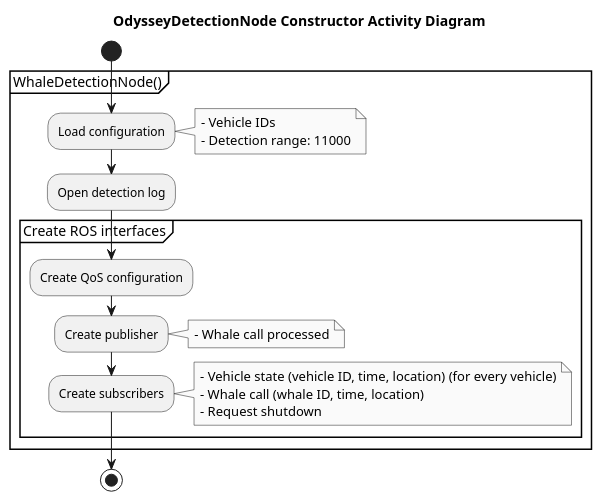
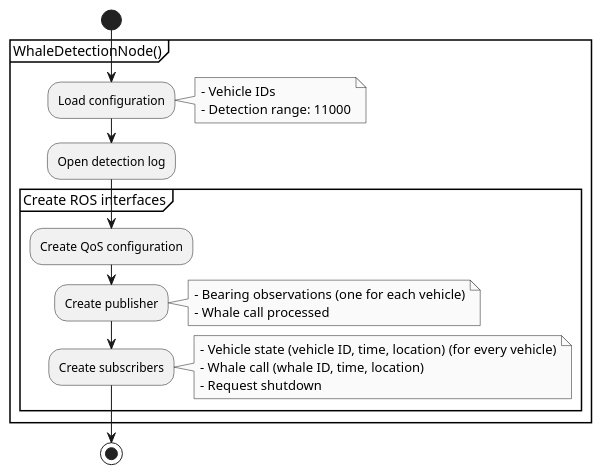
The diagram in components/manta_acoustics/docs/whale_detection_init.puml (Tebcherani/MANTA), drawn with PlantUML before and after one commit. The commit also changed 5 other files, not shown here.

```diff
--- a/components/manta_acoustics/docs/whale_detection_init.puml
+++ b/components/manta_acoustics/docs/whale_detection_init.puml
@@ -1,38 +1,38 @@
 @startuml
-title OdysseyDetectionNode Constructor Activity Diagram
 
 skinparam monochrome true
 skinparam shadowing false
 skinparam svgLinkTarget _self
 
 start
 
 partition "WhaleDetectionNode()" {
     :Load configuration;
     note right
         - Vehicle IDs
         - Detection range: 11000
     end note
 
     :Open detection log;
 
     partition "Create ROS interfaces" {
         :Create QoS configuration;
 
         :Create publisher;
         note right
+            - Bearing observations (one for each vehicle)
             - Whale call processed
         end note
 
         :Create subscribers;
         note right
             - Vehicle state (vehicle ID, time, location) (for every vehicle)
             - Whale call (whale ID, time, location)
             - Request shutdown
         end note
     }
 }
 
 stop
 
 @enduml
```
